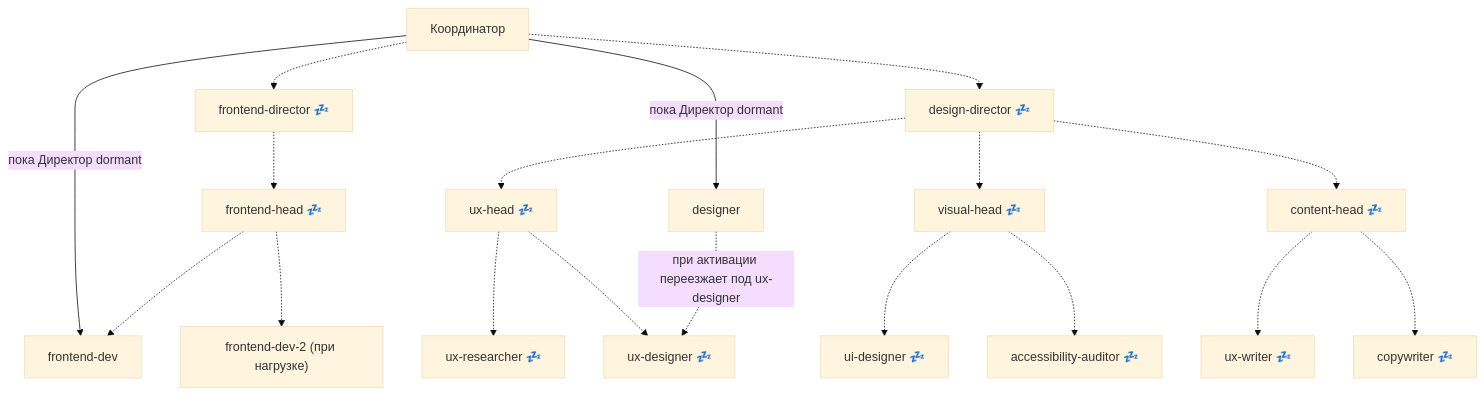
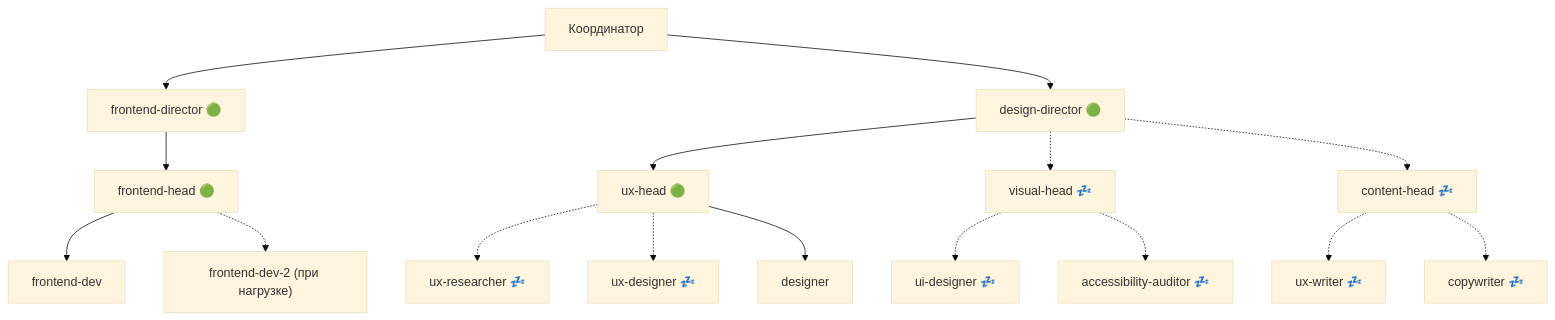
One commit to m-creator-holding/coordinata56-docs changed the fifth of 13 diagrams in docs/agents/agents-diagrams.md. Above: the diagram before and after it, drawn with Mermaid (base theme). The commit also changed other lines of this file and 9 other files, not shown here.

Commit message:
Sync snapshot 2026-04-17b: M-OS-0 cleanup (README, ADR statuses, diagrams, routing, agents-map) + ADR 0011 Foundation

````diff
--- a/docs/agents/agents-diagrams.md
+++ b/docs/agents/agents-diagrams.md
@@ -138,28 +136,26 @@
 ```mermaid
 flowchart TB
     Coord["Координатор"]
-    FD["frontend-director 💤"]
-    DsD["design-director 💤"]
+    FD["frontend-director 🟢"]
+    DsD["design-director 🟢"]
 
-    Coord -.-> FD
-    Coord -.-> DsD
-    Coord -->|пока Директор dormant| FDev["frontend-dev"]
-    Coord -->|пока Директор dormant| Dsg["designer"]
+    Coord --> FD
+    Coord --> DsD
 
-    FD -.-> FH["frontend-head 💤"]
-    FH -.-> FDev
+    FD --> FH["frontend-head 🟢"]
+    FH --> FDev["frontend-dev"]
     FH -.-> FDev2["frontend-dev-2 (при нагрузке)"]
 
-    DsD -.-> UXH["ux-head 💤"]
+    DsD --> UXH["ux-head 🟢"]
     DsD -.-> VH["visual-head 💤"]
     DsD -.-> CH["content-head 💤"]
 
     UXH -.-> UXR["ux-researcher 💤"]
     UXH -.-> UXD["ux-designer 💤"]
     VH -.-> UID["ui-designer 💤"]
     VH -.-> AA["accessibility-auditor 💤"]
     CH -.-> UXW["ux-writer 💤"]
     CH -.-> CW["copywriter 💤"]
 
-    Dsg -.->|при активации переезжает под ux-designer| UXD
+    UXH --> Dsg["designer"]
 ```
````
